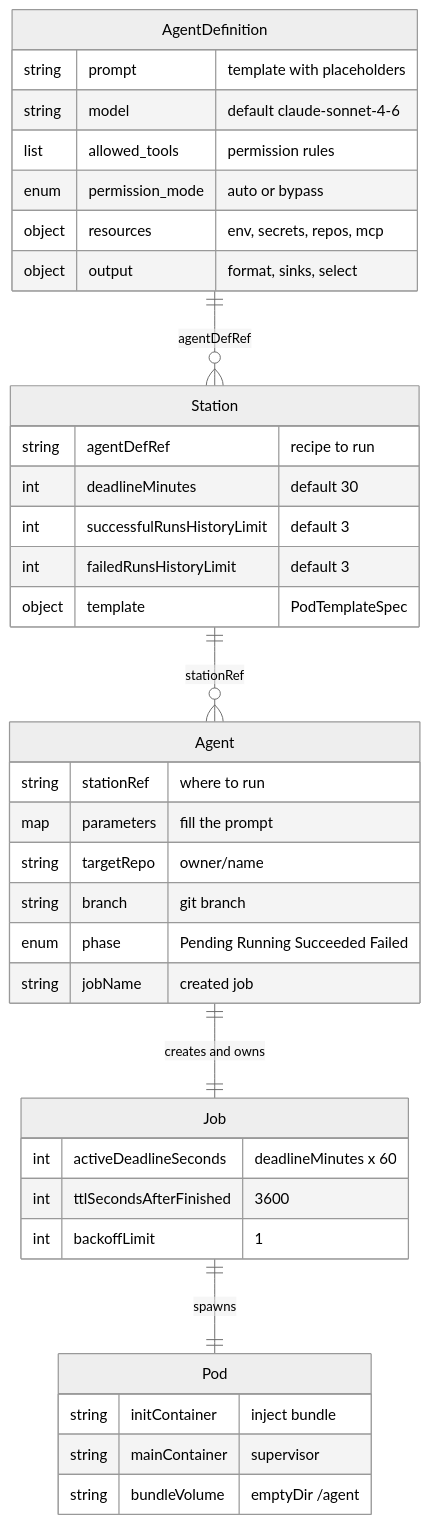
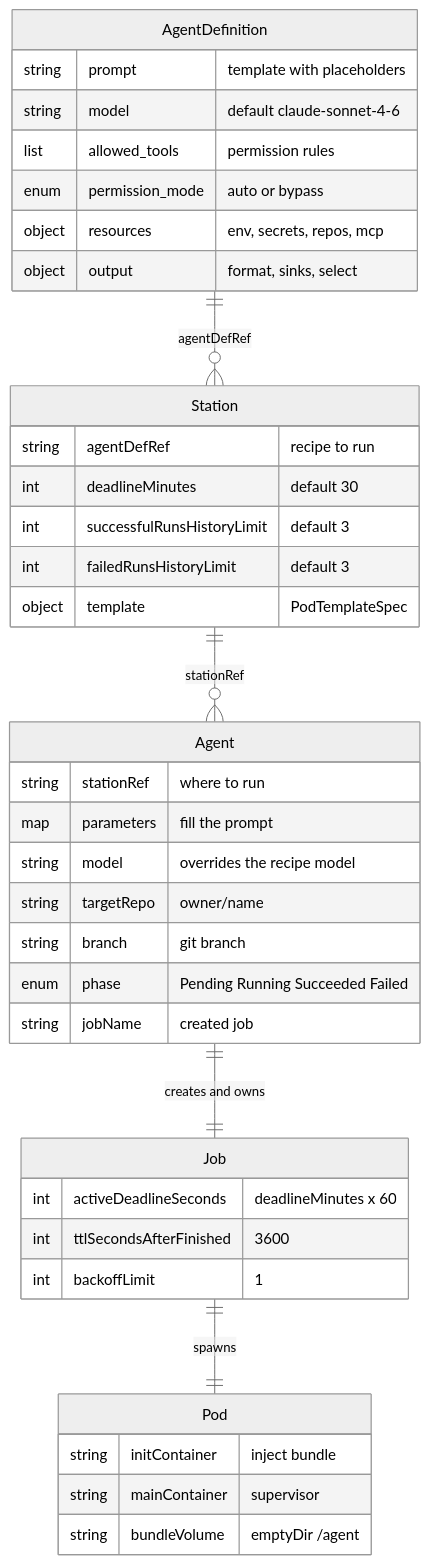
One commit to re-cinq/ai-agent-subsystem changed the first of 2 diagrams in website/src/content/docs/concepts/relationships.md. Above: the diagram before and after it, drawn with Mermaid (neutral theme). The commit also changed 8 other files, not shown here.

````diff
--- a/website/src/content/docs/concepts/relationships.md
+++ b/website/src/content/docs/concepts/relationships.md
@@ -14,41 +14,42 @@
 ```mermaid
 erDiagram
     AgentDefinition ||--o{ Station : "agentDefRef"
     Station ||--o{ Agent : "stationRef"
     Agent ||--|| Job : "creates and owns"
     Job ||--|| Pod : "spawns"
 
     AgentDefinition {
         string prompt "template with placeholders"
         string model "default claude-sonnet-4-6"
         list allowed_tools "permission rules"
         enum permission_mode "auto or bypass"
         object resources "env, secrets, repos, mcp"
         object output "format, sinks, select"
     }
     Station {
         string agentDefRef "recipe to run"
         int deadlineMinutes "default 30"
         int successfulRunsHistoryLimit "default 3"
         int failedRunsHistoryLimit "default 3"
         object template "PodTemplateSpec"
     }
     Agent {
         string stationRef "where to run"
         map parameters "fill the prompt"
+        string model "overrides the recipe model"
         string targetRepo "owner/name"
         string branch "git branch"
         enum phase "Pending Running Succeeded Failed"
         string jobName "created job"
     }
     Job {
         int activeDeadlineSeconds "deadlineMinutes x 60"
         int ttlSecondsAfterFinished "3600"
         int backoffLimit "1"
     }
     Pod {
         string initContainer "inject bundle"
         string mainContainer "supervisor"
         string bundleVolume "emptyDir /agent"
     }
 ```
````
